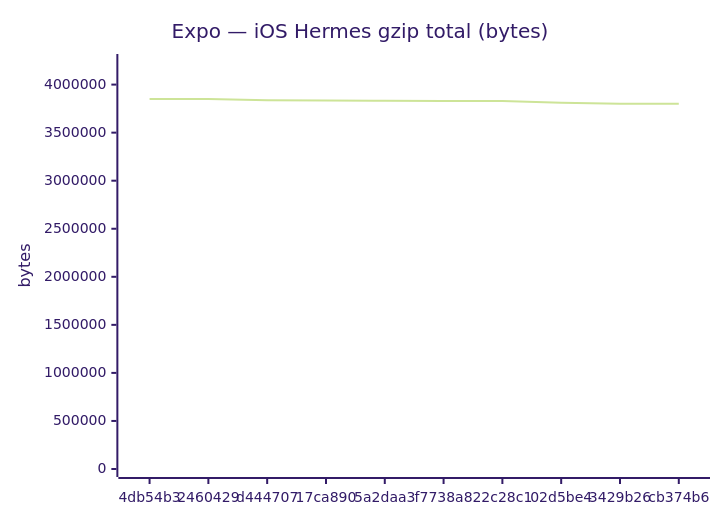
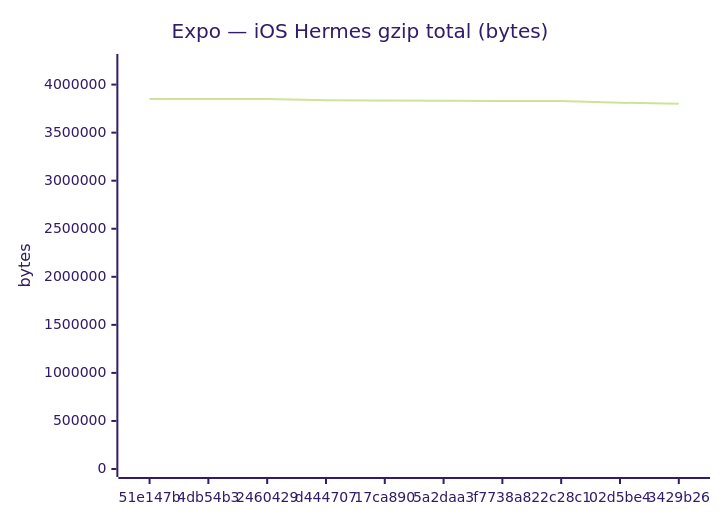
Before and after one commit to Metaheurist/Rianell: the sixth of 18 diagrams in benchmarks/compare.md, drawn with Mermaid (forest theme). The commit also changed other lines of this file and 11 other files, not shown here.

````diff
--- a/benchmarks/compare.md
+++ b/benchmarks/compare.md
@@ -96,7 +96,7 @@
 ```mermaid
 xychart-beta
     title "Expo — iOS Hermes gzip total (bytes)"
-    x-axis ["4db54b3", "2460429", "d444707", "17ca890", "5a2daa3", "f7738a8", "22c28c1", "02d5be4", "3429b26", "cb374b6"]
+    x-axis ["51e147b", "4db54b3", "2460429", "d444707", "17ca890", "5a2daa3", "f7738a8", "22c28c1", "02d5be4", "3429b26"]
     y-axis "bytes" 0 --> 4235116
-    line [3850105, 3850104, 3837764, 3833771, 3832292, 3830296, 3828818, 3810818, 3801309, 3801305]
+    line [3850105, 3850105, 3850104, 3837764, 3833771, 3832292, 3830296, 3828818, 3810818, 3801309]
 ```
````
